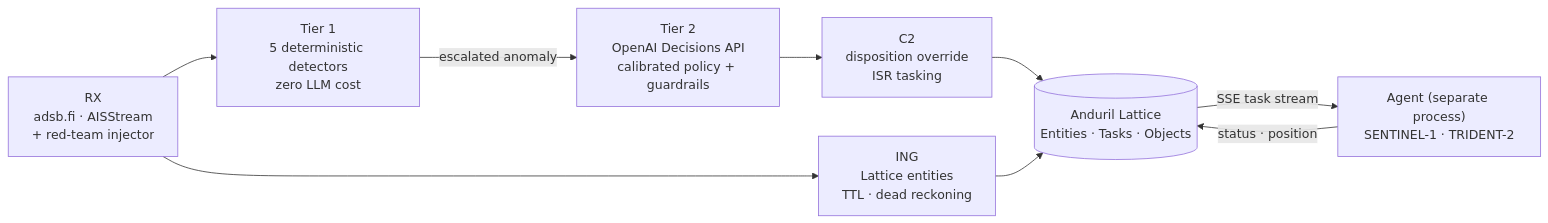
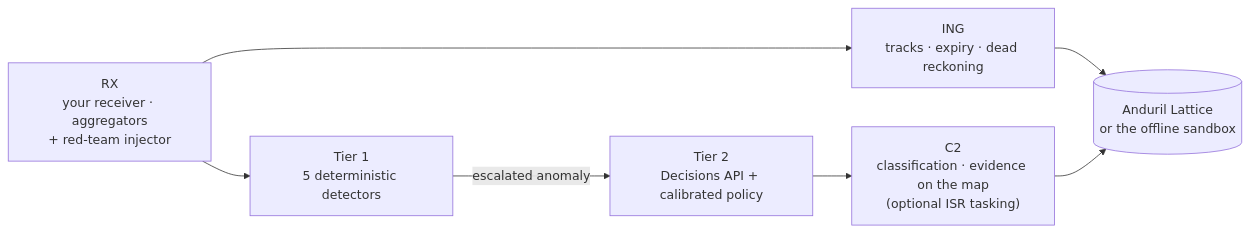
The diagram in README.md (b45t3rr/lattice-mdti), drawn with Mermaid before and after one commit. The commit also changed other lines of this file and 6 other files, not shown here.

````diff
--- a/README.md
+++ b/README.md
@@ -23,11 +55,9 @@
 ```mermaid
 flowchart LR
-    RX["RX<br/>adsb.fi · AISStream<br/>+ red-team injector"] --> ING["ING<br/>Lattice entities<br/>TTL · dead reckoning"]
-    RX --> T1["Tier 1<br/>5 deterministic detectors<br/>zero LLM cost"]
-    T1 -- escalated anomaly --> T2["Tier 2<br/>OpenAI Decisions API<br/>calibrated policy + guardrails"]
-    T2 --> C2["C2<br/>disposition override<br/>ISR tasking"]
-    C2 --> L[("Anduril Lattice<br/>Entities · Tasks · Objects")]
-    ING --> L
-    L -- SSE task stream --> AG["Agent (separate process)<br/>SENTINEL-1 · TRIDENT-2"]
-    AG -- status · position --> L
+    RX["RX<br/>your receiver · aggregators<br/>+ red-team injector"] --> T1["Tier 1<br/>5 deterministic detectors"]
+    T1 -- escalated anomaly --> T2["Tier 2<br/>Decisions API + calibrated policy"]
+    T2 --> C2["C2<br/>classification · evidence on the map<br/>(optional ISR tasking)"]
+    RX --> ING["ING<br/>tracks · expiry · dead reckoning"]
+    ING --> L[("Anduril Lattice<br/>or the offline sandbox")]
+    C2 --> L
 ```
````
